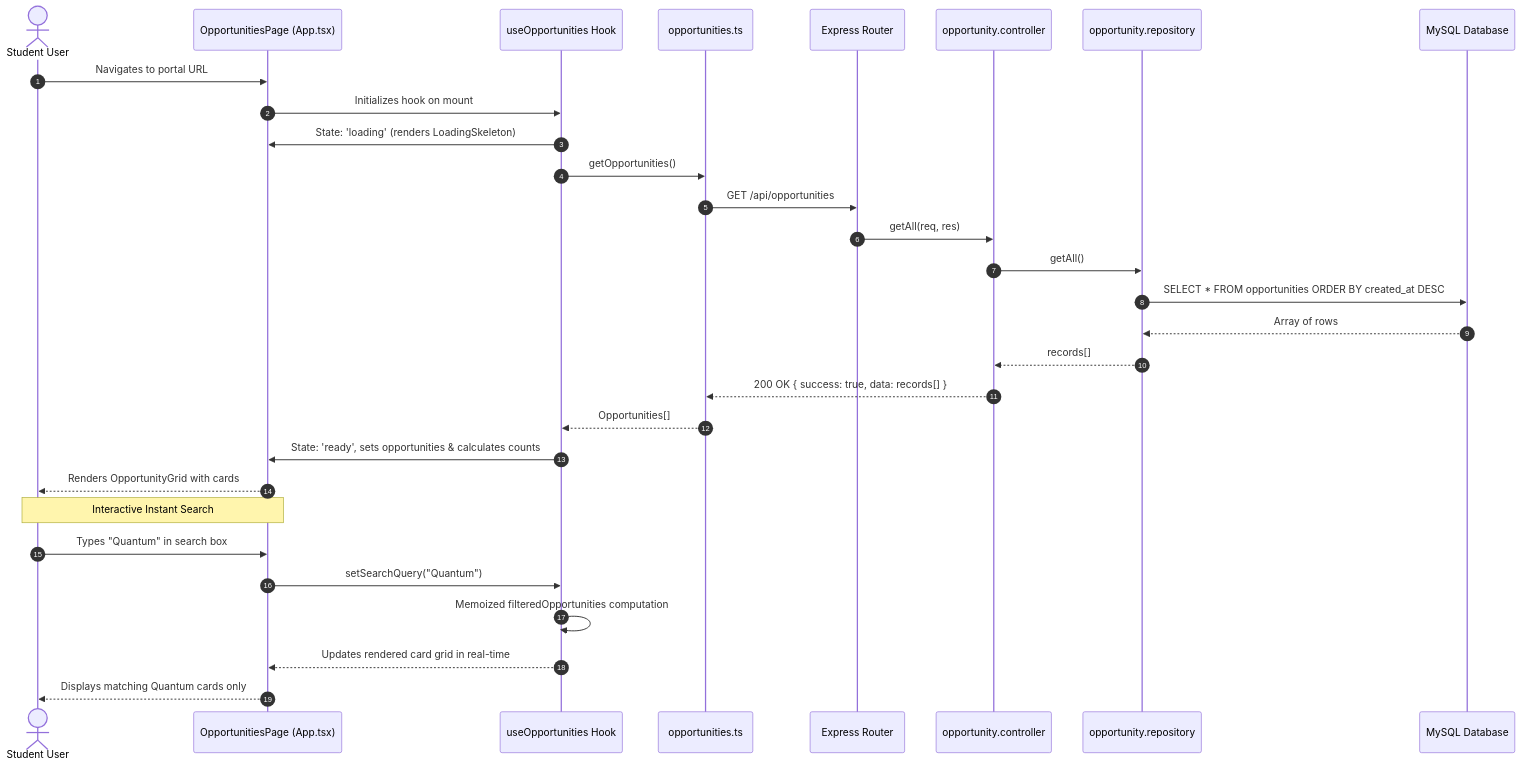
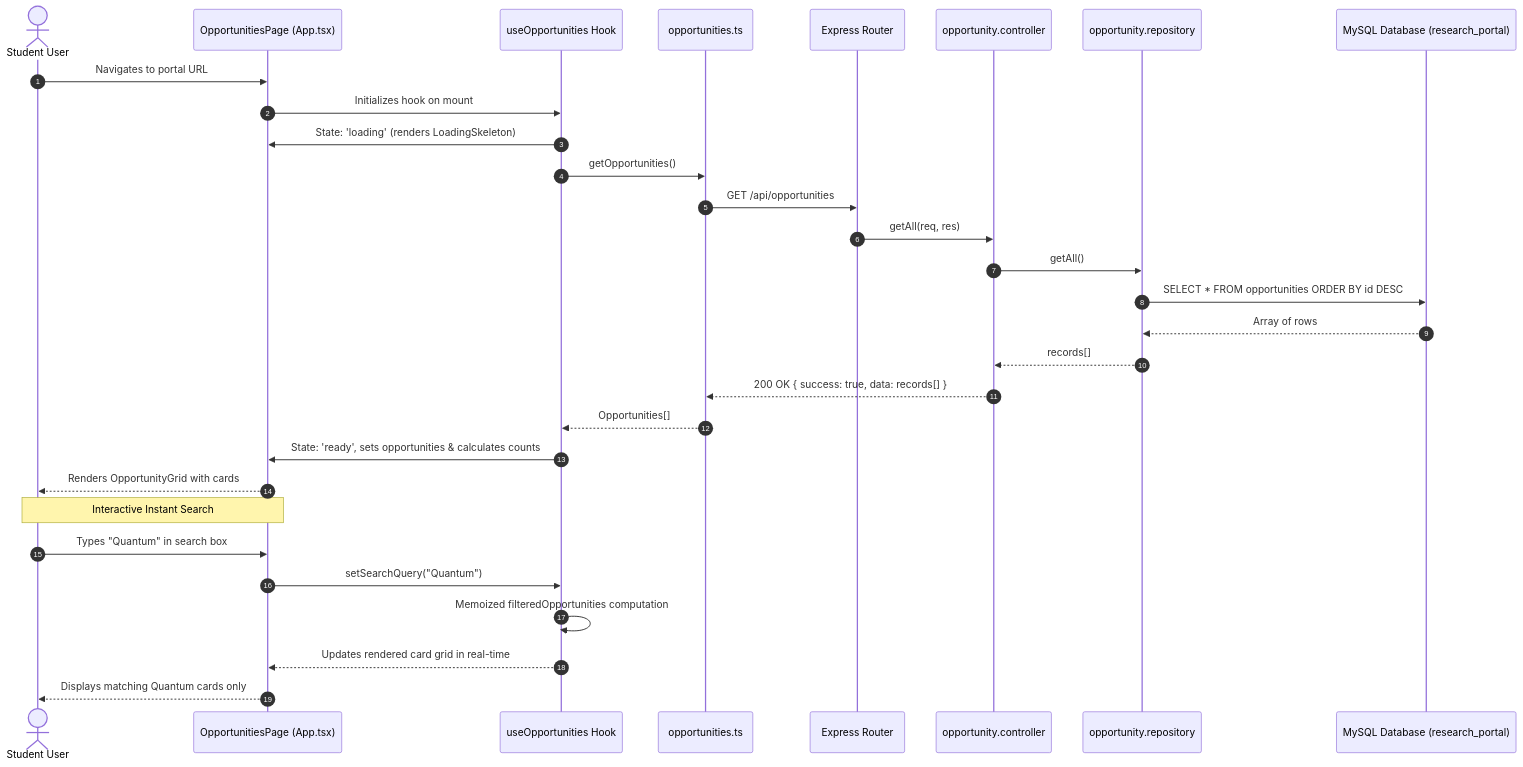
One commit to abdulmueezdev/research-opportunity-portal changed the fifth of 9 diagrams in docs/ARCHITECTURE.md. Above: the diagram before and after it, drawn with Mermaid. The commit also changed other lines of this file, not shown here.

Commit message:
docs: add detailed architecture diagrams and system flow

````diff
--- a/docs/ARCHITECTURE.md
+++ b/docs/ARCHITECTURE.md
@@ -196,34 +212,34 @@
 ```mermaid
 sequenceDiagram
     autonumber
     actor Student as Student User
     participant UI as OpportunitiesPage (App.tsx)
     participant Hook as useOpportunities Hook
     participant API as opportunities.ts
     participant Route as Express Router
     participant Ctrl as opportunity.controller
     participant Repo as opportunity.repository
-    participant DB as MySQL Database
+    participant DB as MySQL Database (research_portal)
 
     Student->>UI: Navigates to portal URL
     UI->>Hook: Initializes hook on mount
     Hook->>UI: State: 'loading' (renders LoadingSkeleton)
     Hook->>API: getOpportunities()
     API->>Route: GET /api/opportunities
     Route->>Ctrl: getAll(req, res)
     Ctrl->>Repo: getAll()
-    Repo->>DB: SELECT * FROM opportunities ORDER BY created_at DESC
+    Repo->>DB: SELECT * FROM opportunities ORDER BY id DESC
     DB-->>Repo: Array of rows
     Repo-->>Ctrl: records[]
     Ctrl-->>API: 200 OK { success: true, data: records[] }
     API-->>Hook: Opportunities[]
     Hook->>UI: State: 'ready', sets opportunities & calculates counts
     UI-->>Student: Renders OpportunityGrid with cards
 
     Note over Student, UI: Interactive Instant Search
     Student->>UI: Types "Quantum" in search box
     UI->>Hook: setSearchQuery("Quantum")
     Hook->>Hook: Memoized filteredOpportunities computation
     Hook-->>UI: Updates rendered card grid in real-time
     UI-->>Student: Displays matching Quantum cards only
 ```
````
